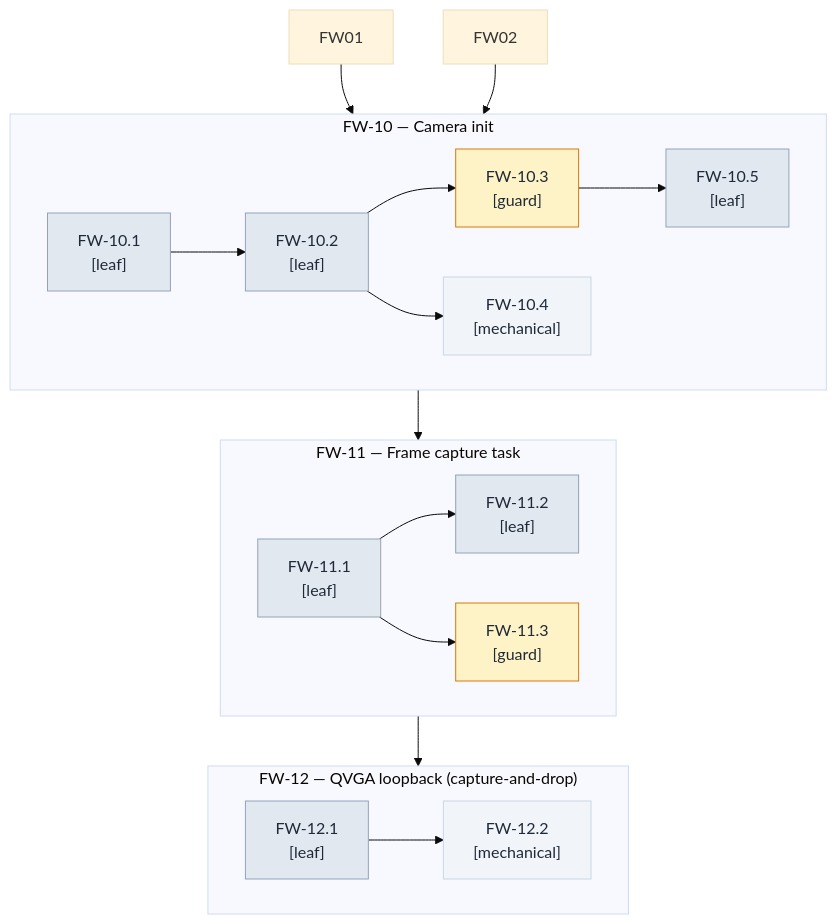
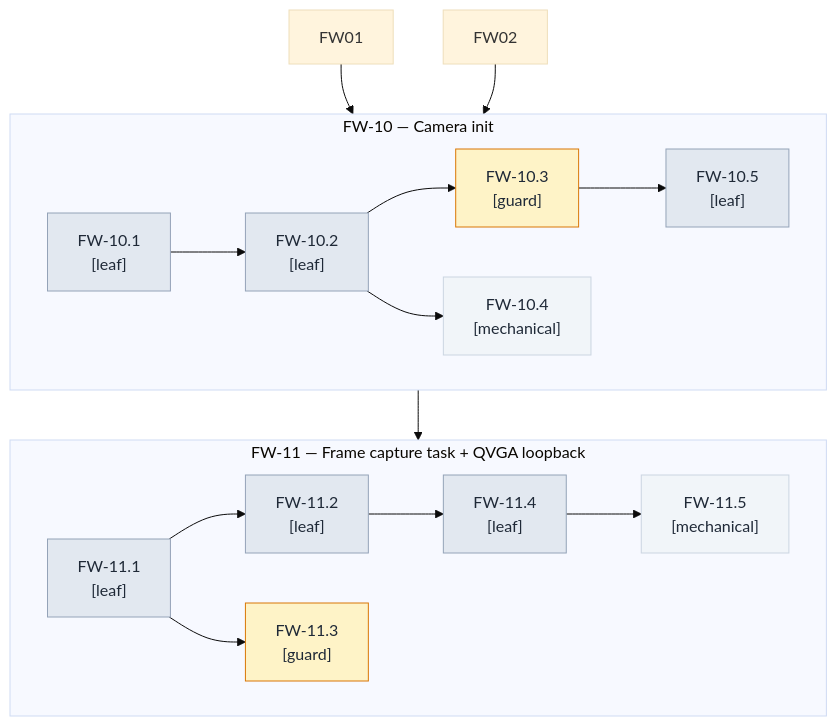
The fifth of 8 diagrams in docs/firmware-milestones.md (witsaba/esp32-cam-surveillance), drawn with Mermaid (base theme) before and after one commit. The commit also changed other lines of this file, not shown here.

First line of the commit message:
docs(milestones): rescope task graph 23 -> 19 milestones per decomposition discipline

````diff
--- a/docs/firmware-milestones.md
+++ b/docs/firmware-milestones.md
@@ -730,45 +720,43 @@
 ```mermaid
 flowchart TB
   subgraph FW10 ["FW-10 — Camera init"]
     FW10_1["FW-10.1<br/>[leaf]"]
     FW10_2["FW-10.2<br/>[leaf]"]
     FW10_3["FW-10.3<br/>[guard]"]
     FW10_4["FW-10.4<br/>[mechanical]"]
     FW10_5["FW-10.5<br/>[leaf]"]
     FW10_1 --> FW10_2
     FW10_2 --> FW10_3
     FW10_3 --> FW10_5
     FW10_2 --> FW10_4
   end
-  subgraph FW11 ["FW-11 — Frame capture task"]
+  subgraph FW11 ["FW-11 — Frame capture task + QVGA loopback"]
     FW11_1["FW-11.1<br/>[leaf]"]
     FW11_2["FW-11.2<br/>[leaf]"]
     FW11_3["FW-11.3<br/>[guard]"]
+    FW11_4["FW-11.4<br/>[leaf]"]
+    FW11_5["FW-11.5<br/>[mechanical]"]
     FW11_1 --> FW11_2
     FW11_1 --> FW11_3
-  end
-  subgraph FW12 ["FW-12 — QVGA loopback (capture-and-drop)"]
-    FW12_1["FW-12.1<br/>[leaf]"]
-    FW12_2["FW-12.2<br/>[mechanical]"]
-    FW12_1 --> FW12_2
+    FW11_2 --> FW11_4
+    FW11_4 --> FW11_5
   end
   FW01 --> FW10
   FW02 --> FW10
   FW10 --> FW11
-  FW11 --> FW12
   classDef leaf fill:#e2e8f0,stroke:#94a3b8,color:#1f2937
   classDef guard fill:#fef3c7,stroke:#d97706,color:#1f2937
   classDef decision fill:#ede9fe,stroke:#8b5cf6,color:#1f2937
   classDef mechanical fill:#f1f5f9,stroke:#cbd5e1,color:#1f2937
   classDef compound fill:#ccfbf1,stroke:#14b8a6,color:#1f2937
   class FW10_1 leaf
   class FW10_2 leaf
   class FW10_3 guard
   class FW10_4 mechanical
   class FW10_5 leaf
   class FW11_1 leaf
   class FW11_2 leaf
   class FW11_3 guard
-  class FW12_1 leaf
-  class FW12_2 mechanical
+  class FW11_4 leaf
+  class FW11_5 mechanical
 ```
````
